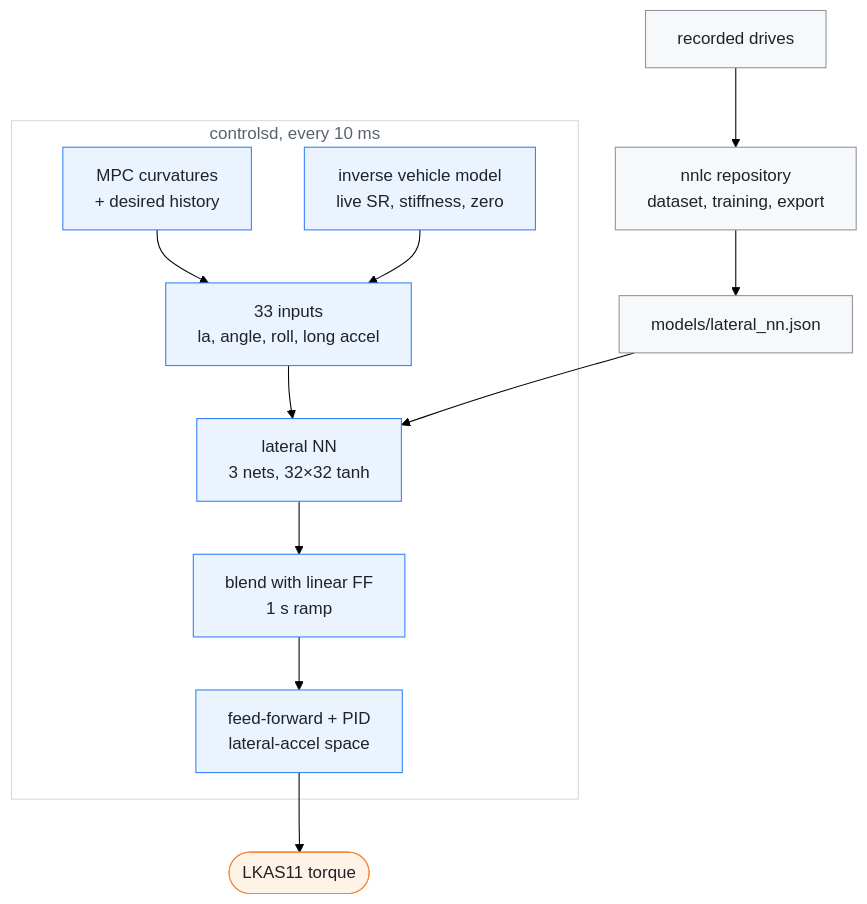
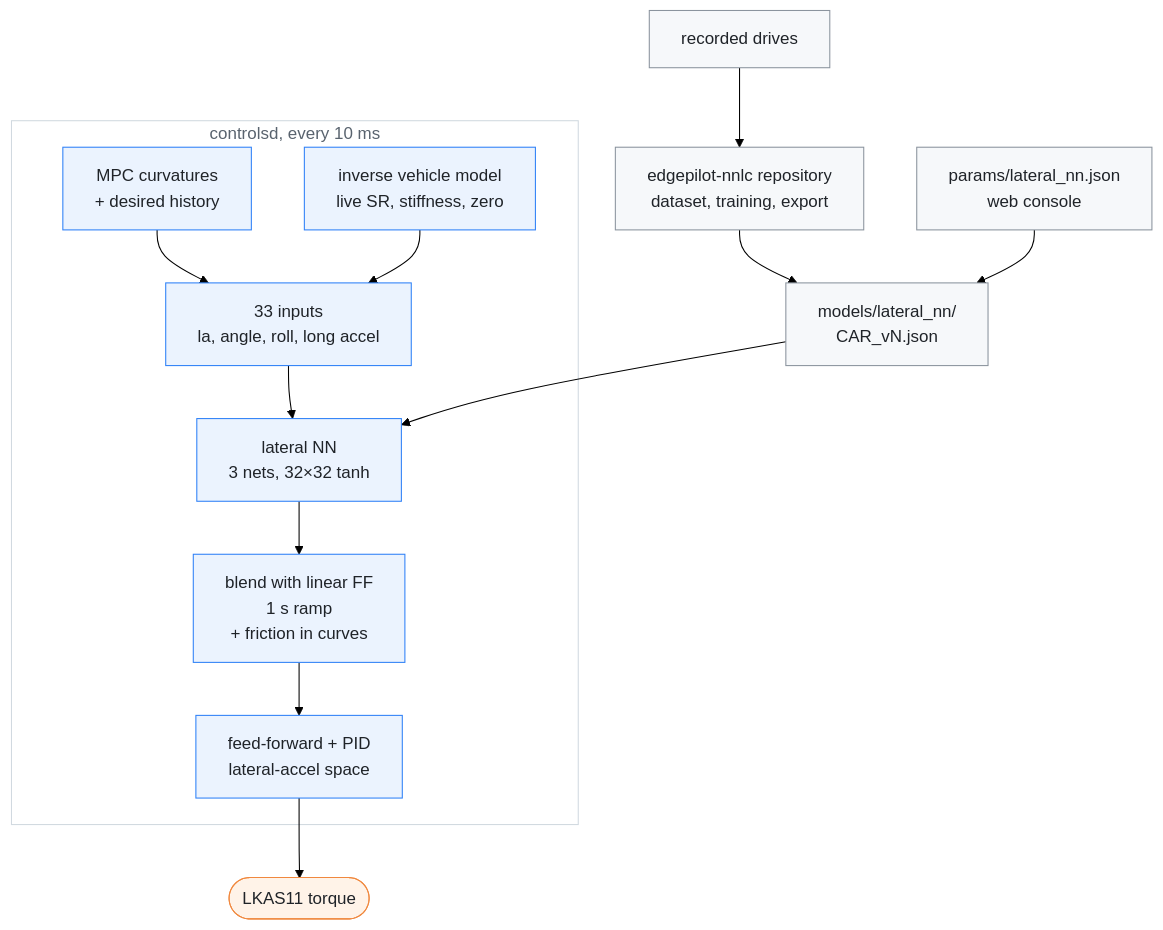
One commit to Deggory/edgepilot changed the diagram in docs/lateral-nn.md. Above: the diagram before and after it, drawn with Mermaid (forest theme). The commit also changed other lines of this file and 44 other files, not shown here.

````diff
--- a/docs/lateral-nn.md
+++ b/docs/lateral-nn.md
@@ -14,22 +15,23 @@
 ```mermaid
 flowchart TB
-    rec["recorded drives"] --> train["nnlc repository<br>dataset, training, export"]
-    train --> file["models/lateral_nn.json"]
+    rec["recorded drives"] --> train["edgepilot-nnlc repository<br>dataset, training, export"]
+    train --> file["models/lateral_nn/<br>CAR_vN.json"]
+    choice["params/lateral_nn.json<br>web console"] --> file
     subgraph ctl["controlsd, every 10 ms"]
         plan["MPC curvatures<br>+ desired history"] --> inputs["33 inputs<br>la, angle, roll, long accel"]
         vm["inverse vehicle model<br>live SR, stiffness, zero"] --> inputs
         inputs --> nn["lateral NN<br>3 nets, 32×32 tanh"]
-        nn --> blend["blend with linear FF<br>1 s ramp"]
+        nn --> blend["blend with linear FF<br>1 s ramp<br>+ friction in curves"]
         blend --> pid["feed-forward + PID<br>lateral-accel space"]
     end
     file --> nn
     pid --> lkas(["LKAS11 torque"])
     classDef compute fill:#ebf3fe,stroke:#2f81f7,color:#1f2328
     classDef proc fill:#f6f8fa,stroke:#8b949e,color:#1f2328
     classDef external fill:#fff3e8,stroke:#f0883e,color:#1f2328
     classDef group fill:#ffffff,stroke:#d1d9e0,color:#59636e
     class ctl group
     class plan,vm,inputs,nn,blend,pid compute
-    class rec,train,file proc
+    class rec,train,file,choice proc
     class lkas external
 ```
````
